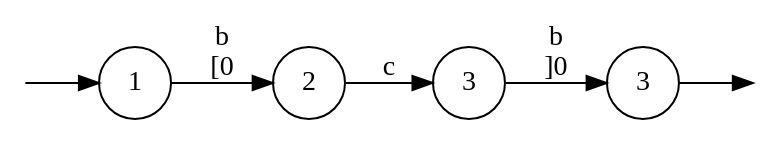
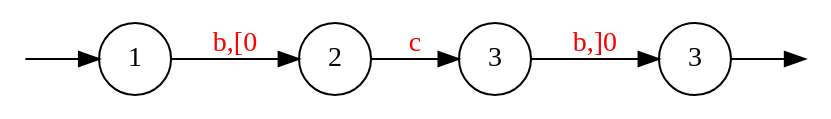
One commit to 0Marble/lgraphs changed the diagram in text/graphs/graph1_path0.dot. Above: the diagram before and after it, drawn with Graphviz. The commit also changed 26 other files, not shown here.

Commit message:
changed graph images to svg

```diff
--- a/text/graphs/graph1_path0.dot
+++ b/text/graphs/graph1_path0.dot
@@ -1,17 +1,17 @@
 digraph {
 	node [shape=circle];
 	Q0 [style=invisible, height=0, width=0, fixedsize=true];
 	Q1 [style=invisible, height=0, width=0, fixedsize=true];
 	graph [rankdir="LR"];
 	2 [label=3];
 	3 [label=3];
 	1 [label=2];
 	0 [label=1];
 
 	Q0 -> 0;
 
 	3 -> Q1;
-	0 -> 1  [item="b[0", label="b\n[0"];
-	1 -> 2  [item="c", label="c"];
-	2 -> 3  [item="b]0", label="b\n]0"];
+	0 -> 1  [label="b,[0", fontcolor=red];
+	1 -> 2  [label="c", fontcolor=red];
+	2 -> 3  [label="b,]0", fontcolor=red];
 }
```
